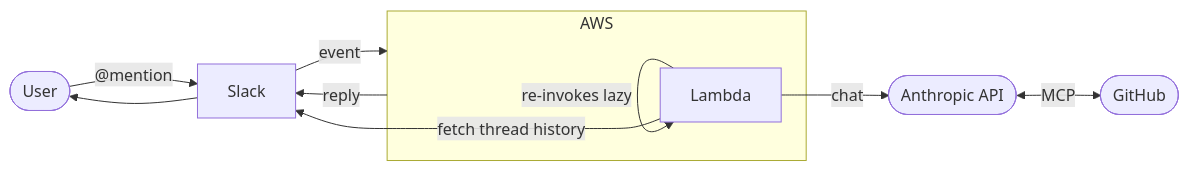
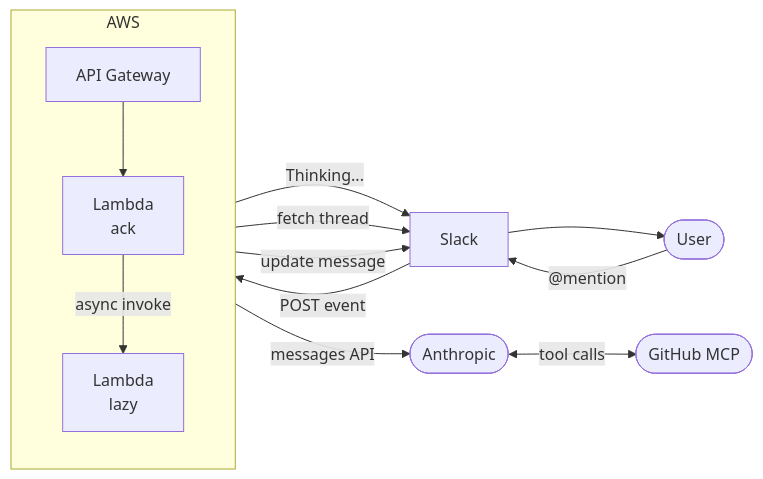
The first of 2 diagrams in README.md (alecryan88/slack_bot), drawn with Mermaid before and after one commit. The commit also changed other lines of this file and 4 other files, not shown here.

````diff
--- a/README.md
+++ b/README.md
@@ -7,15 +7,18 @@
 ```mermaid
 flowchart LR
     User([User]) -->|"@mention"| Slack
-    Slack -->|event| AWS
-    AWS -->|reply| Slack
-    Slack --> User
 
     subgraph AWS
-        Lambda -->|re-invokes lazy| Lambda
+        direction TB
+        APIGW[API Gateway] --> Lambda1[Lambda\nack]
+        Lambda1 -->|async invoke| Lambda2[Lambda\nlazy]
     end
 
-    Lambda -->|fetch thread history| Slack
-    Lambda -->|chat| Anthropic([Anthropic API])
-    Anthropic <-->|MCP| GitHub([GitHub])
+    Slack -->|POST event| APIGW
+    Lambda1 -->|Thinking...| Slack
+    Lambda2 -->|fetch thread| Slack
+    Lambda2 -->|messages API| Anthropic([Anthropic])
+    Anthropic <-->|tool calls| GitHub([GitHub MCP])
+    Lambda2 -->|update message| Slack
+    Slack --> User
 ```
````
